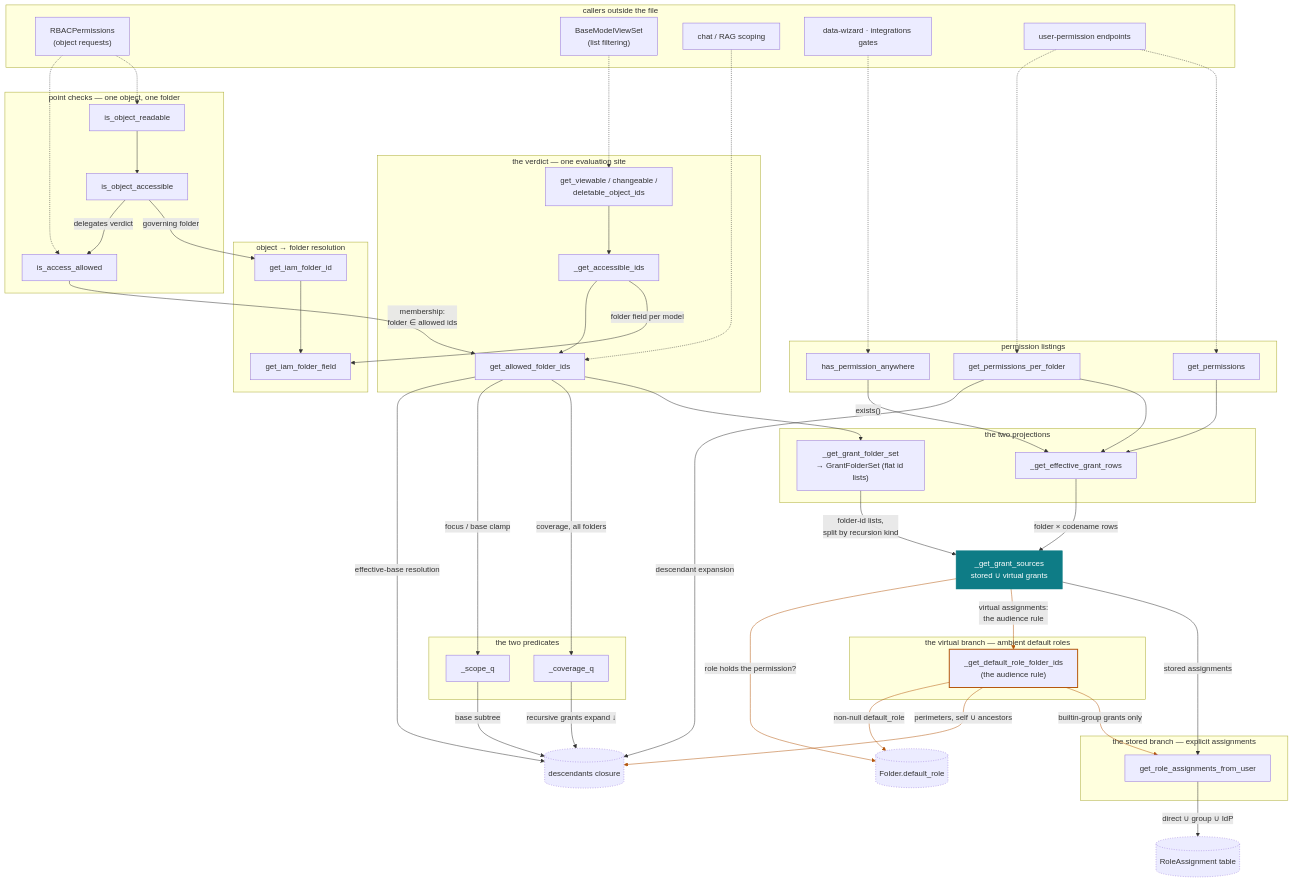
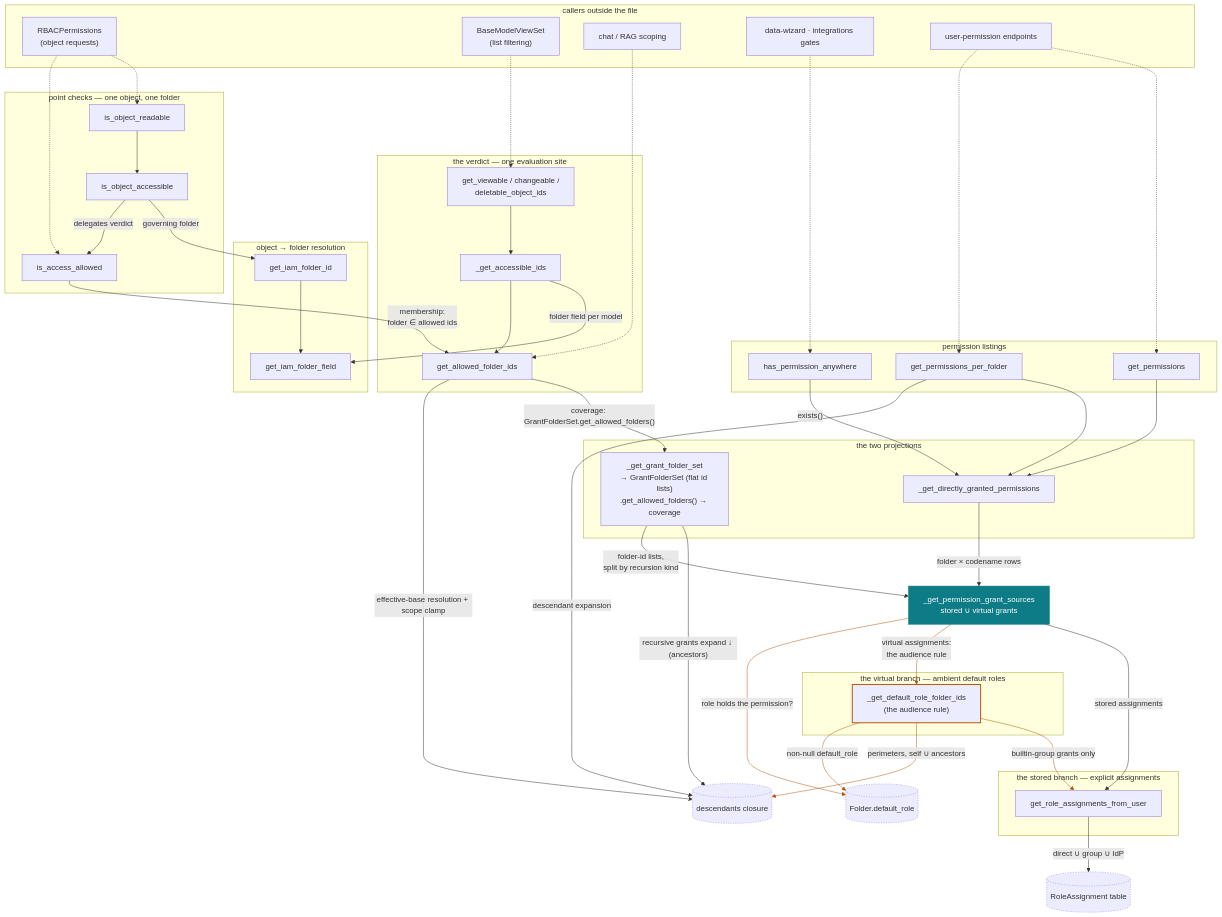
The diagram in documentation/architecture/iam-grant-resolution.md (intuitem/ciso-assistant-community), drawn with Mermaid before and after one commit. The commit also changed other lines of this file and 3 other files, not shown here.

````diff
--- a/documentation/architecture/iam-grant-resolution.md
+++ b/documentation/architecture/iam-grant-resolution.md
@@ -57,11 +57,6 @@
     GAFI["get_allowed_folder_ids"]
   end
 
-  subgraph PRED["the two predicates"]
-    COVQ["_coverage_q"]
-    SCOQ["_scope_q"]
-  end
-
   subgraph ANSWERS["permission listings"]
     HPA["has_permission_anywhere"]
     GP["get_permissions"]
@@ -69,11 +64,11 @@
   end
 
   subgraph PROJ["the two projections"]
-    GFS["_get_grant_folder_set<br/>→ GrantFolderSet (flat id lists)"]
-    EGR["_get_effective_grant_rows"]
+    GFS["_get_grant_folder_set<br/>→ GrantFolderSet (flat id lists)<br/>.get_allowed_folders() → coverage"]
+    EGR["_get_directly_granted_permissions"]
   end
 
-  GSRC["_get_grant_sources<br/>stored ∪ virtual grants"]:::meet
+  GSRC["_get_permission_grant_sources<br/>stored ∪ virtual grants"]:::meet
 
   subgraph EXPLICIT["the stored branch — explicit assignments"]
     RAU["get_role_assignments_from_user"]
@@ -104,13 +99,10 @@
   GVOI --> GAI
   GAI -- "folder field per model" --> GIFF
   GAI --> GAFI
-  GAFI --> GFS
-  GAFI -- "coverage, all folders" --> COVQ
-  GAFI -- "focus / base clamp" --> SCOQ
-  GAFI -- "effective-base resolution" --> CLO
+  GAFI -- "coverage: GrantFolderSet.get_allowed_folders()" --> GFS
+  GAFI -- "effective-base resolution + scope clamp" --> CLO
 
-  COVQ -- "recursive grants expand ↓" --> CLO
-  SCOQ -- "base subtree" --> CLO
+  GFS -- "recursive grants expand ↓ (ancestors)" --> CLO
 
   HPA -- "exists()" --> EGR
   GP --> EGR
@@ -130,5 +122,5 @@
   DRF -- "perimeters, self ∪ ancestors" --> CLO
   DRF -- "non-null default_role" --> FDR
 
-  linkStyle 28,29,31,32,33 stroke:#B4550A
+  linkStyle 25,26,28,29,30 stroke:#B4550A
 ```
````
